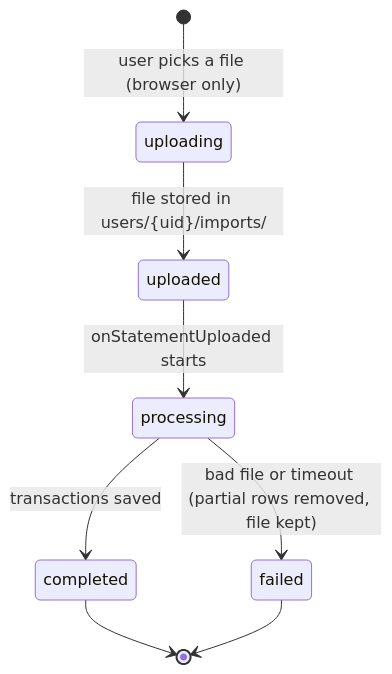
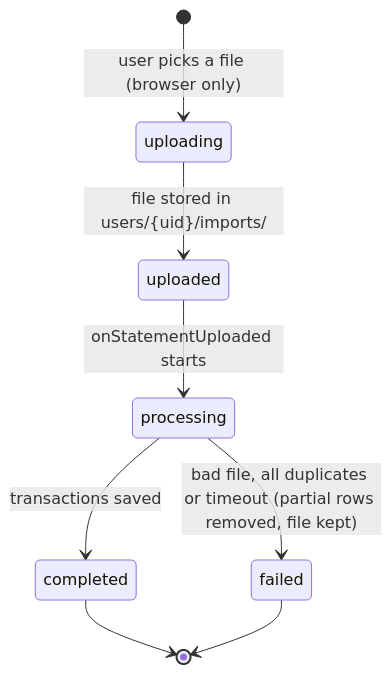
The first of 2 diagrams in docs/data-framework.md (Budgetly-Project-Structure/budgetly_assets), drawn with Mermaid before and after one commit. The commit also changed other lines of this file, not shown here.

````diff
--- a/docs/data-framework.md
+++ b/docs/data-framework.md
@@ -72,10 +97,10 @@
 ```mermaid
 stateDiagram-v2
     [*] --> uploading: user picks a file (browser only)
     uploading --> uploaded: file stored in users/{uid}/imports/
     uploaded --> processing: onStatementUploaded starts
     processing --> completed: transactions saved
-    processing --> failed: bad file or timeout (partial rows removed, file kept)
+    processing --> failed: bad file, all duplicates or timeout (partial rows removed, file kept)
     completed --> [*]
     failed --> [*]
 ```
````
